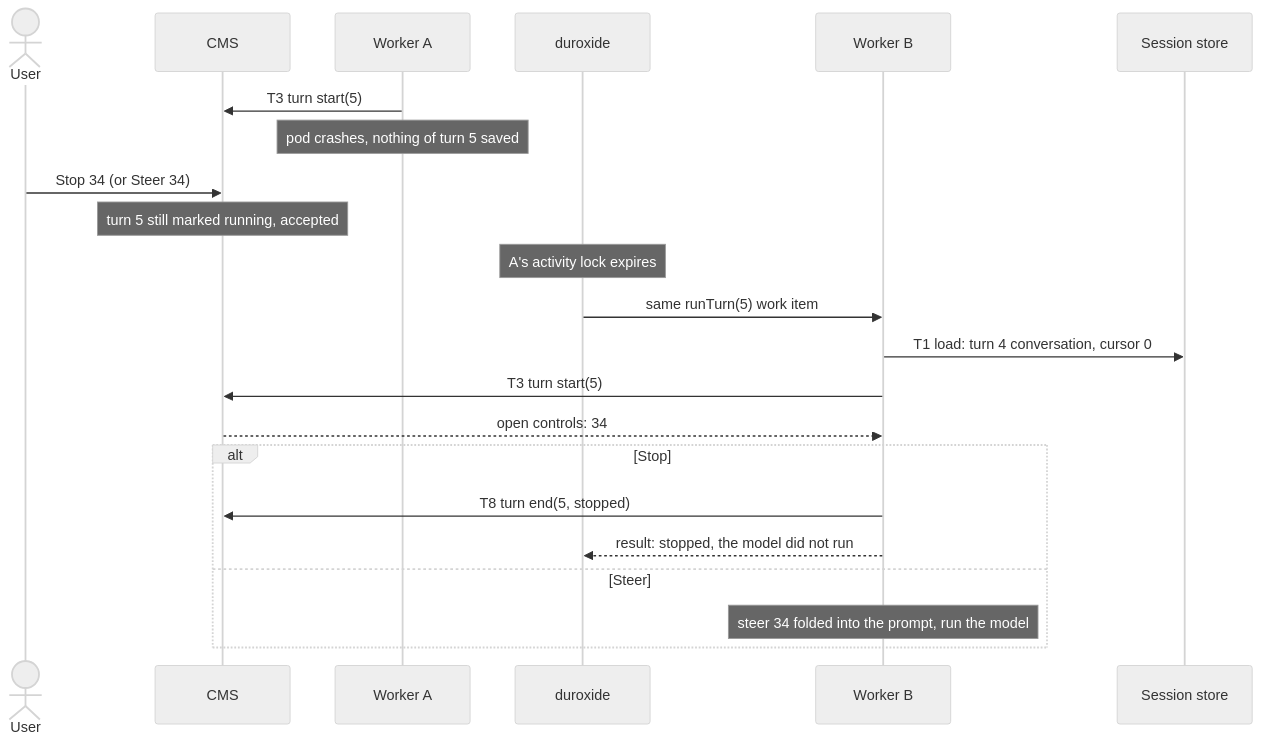
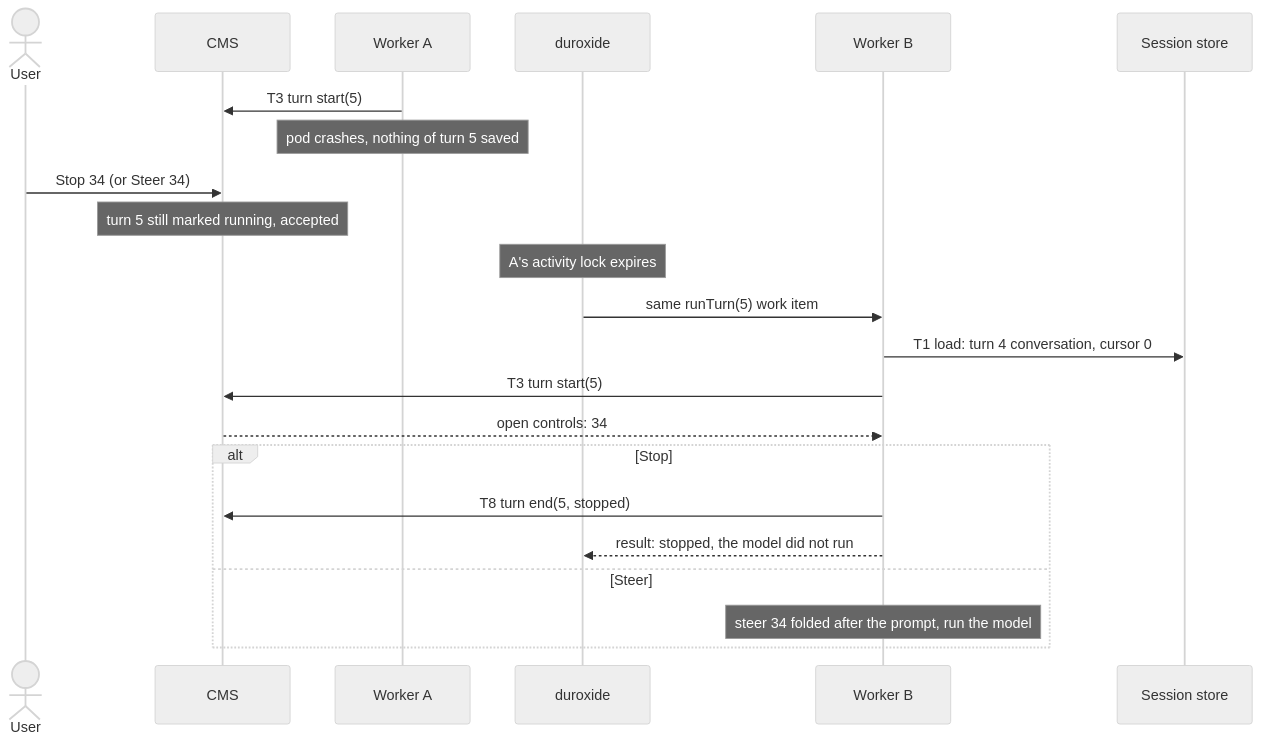
The sixth of 13 diagrams in docs/proposals/session-turn-control.md (microsoft/PilotSwarm), drawn with Mermaid (neutral theme) before and after one commit. The commit also changed other lines of this file, not shown here.

````diff
--- a/docs/proposals/session-turn-control.md
+++ b/docs/proposals/session-turn-control.md
@@ -307,24 +362,24 @@
 ```mermaid
 sequenceDiagram
     actor U as User
     participant DB as CMS
     participant A as Worker A
     participant X as duroxide
     participant B as Worker B
     participant S as Session store
     A->>DB: T3 turn start(5)
     Note over A: pod crashes, nothing of turn 5 saved
     U->>DB: Stop 34 (or Steer 34)
     Note over DB: turn 5 still marked running, accepted
     Note over X: A's activity lock expires
     X->>B: same runTurn(5) work item
     B->>S: T1 load: turn 4 conversation, cursor 0
     B->>DB: T3 turn start(5)
     DB-->>B: open controls: 34
     alt Stop
         B->>DB: T8 turn end(5, stopped)
         B-->>X: result: stopped, the model did not run
     else Steer
-        Note over B: steer 34 folded into the prompt, run the model
+        Note over B: steer 34 folded after the prompt, run the model
     end
 ```
````
